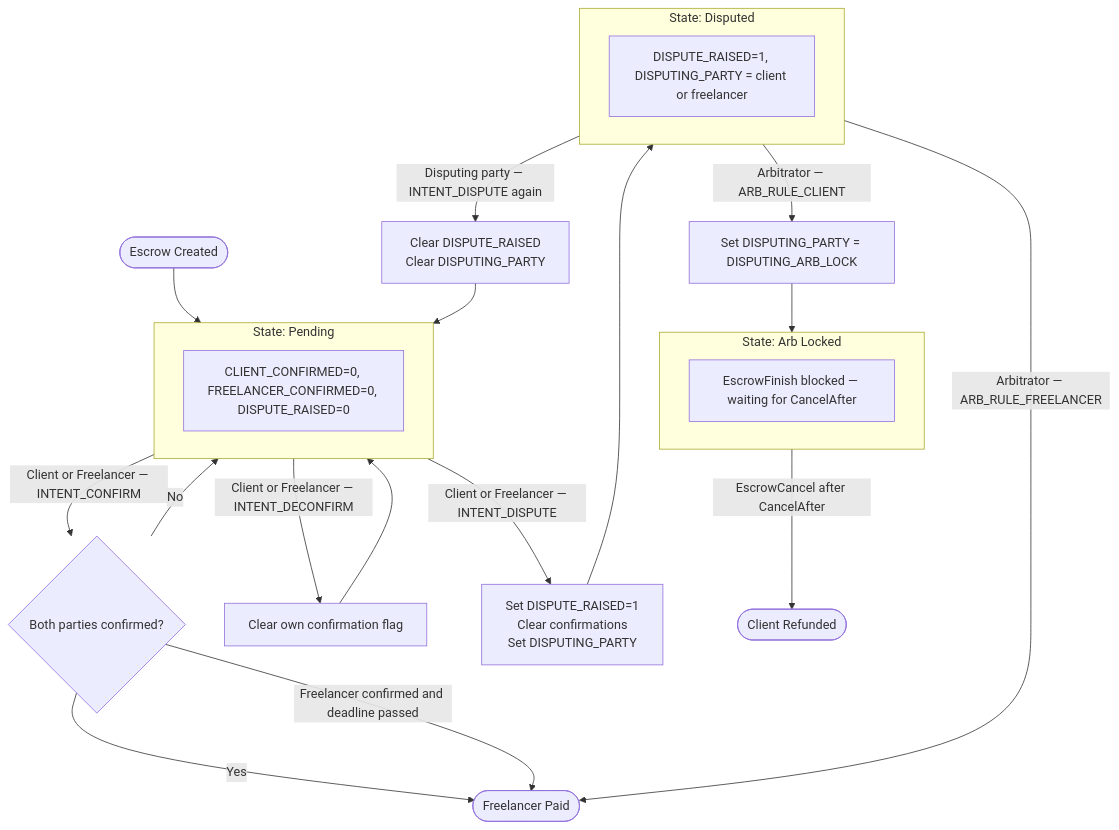
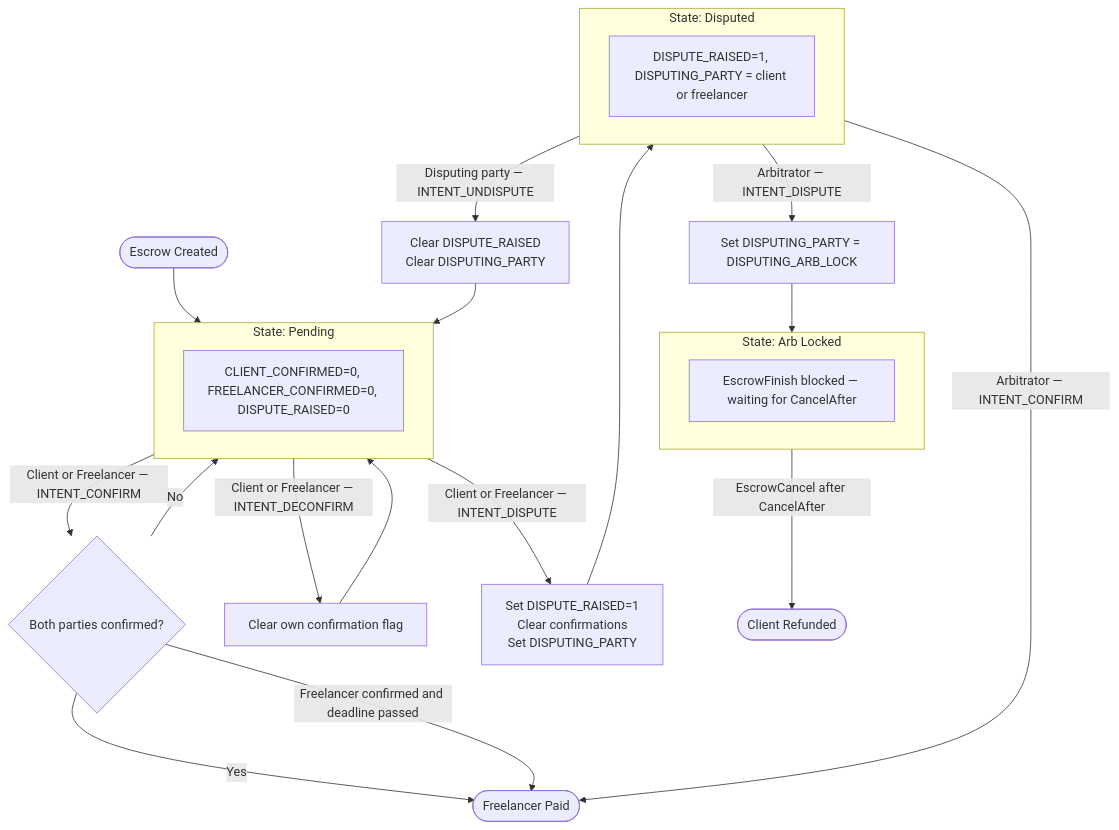
Before and after one commit to ripple/xrpl-wasm-stdlib: the first of 2 diagrams in examples/smart-escrows/freelancer_escrow/DIAGRAMS.md, drawn with Mermaid. The commit also changed other lines of this file and 2 other files, not shown here.

Commit message:
big refactor, byte packing, extra undispute state, macros, cleanup

````diff
--- a/examples/smart-escrows/freelancer_escrow/DIAGRAMS.md
+++ b/examples/smart-escrows/freelancer_escrow/DIAGRAMS.md
@@ -5,40 +5,40 @@
 ```mermaid
 flowchart TD
     START([Escrow Created])
     START --> PENDING
 
     subgraph PENDING["State: Pending"]
         P[CLIENT_CONFIRMED=0, FREELANCER_CONFIRMED=0, DISPUTE_RAISED=0]
     end
 
     PENDING -->|Client or Freelancer — INTENT_CONFIRM| CONFIRM{Both parties confirmed?}
     PENDING -->|Client or Freelancer — INTENT_DECONFIRM| DECONFIRM[Clear own confirmation flag]
     PENDING -->|Client or Freelancer — INTENT_DISPUTE| RAISE[Set DISPUTE_RAISED=1\nClear confirmations\nSet DISPUTING_PARTY]
 
     DECONFIRM --> PENDING
     CONFIRM -->|Yes| PAID
     CONFIRM -->|Freelancer confirmed and deadline passed| PAID
     CONFIRM -->|No| PENDING
 
     RAISE --> DISPUTED
 
     subgraph DISPUTED["State: Disputed"]
         D[DISPUTE_RAISED=1, DISPUTING_PARTY = client or freelancer]
     end
 
-    DISPUTED -->|Disputing party — INTENT_DISPUTE again| WITHDRAW[Clear DISPUTE_RAISED\nClear DISPUTING_PARTY]
+    DISPUTED -->|Disputing party — INTENT_UNDISPUTE| WITHDRAW[Clear DISPUTE_RAISED\nClear DISPUTING_PARTY]
     WITHDRAW --> PENDING
-    DISPUTED -->|Arbitrator — ARB_RULE_FREELANCER| PAID
-    DISPUTED -->|Arbitrator — ARB_RULE_CLIENT| LOCK[Set DISPUTING_PARTY = DISPUTING_ARB_LOCK]
+    DISPUTED -->|Arbitrator — INTENT_CONFIRM| PAID
+    DISPUTED -->|Arbitrator — INTENT_DISPUTE| LOCK[Set DISPUTING_PARTY = DISPUTING_ARB_LOCK]
 
     LOCK --> LOCKED
 
     subgraph LOCKED["State: Arb Locked"]
         L[EscrowFinish blocked — waiting for CancelAfter]
     end
 
     LOCKED -->|EscrowCancel after CancelAfter| REFUNDED
 
     PAID([Freelancer Paid])
     REFUNDED([Client Refunded])
 ```
````
